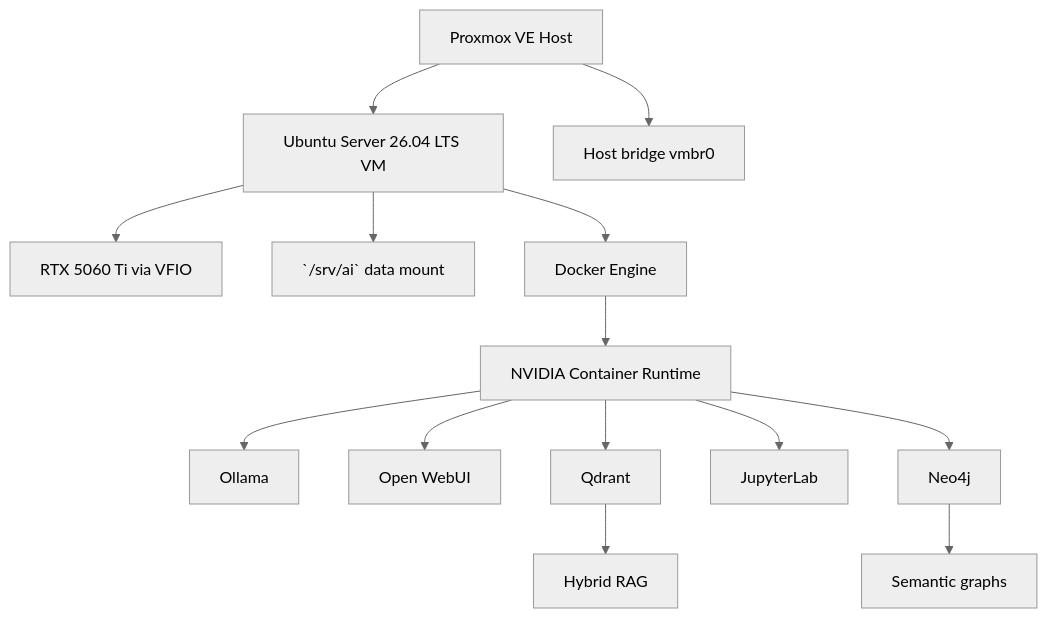
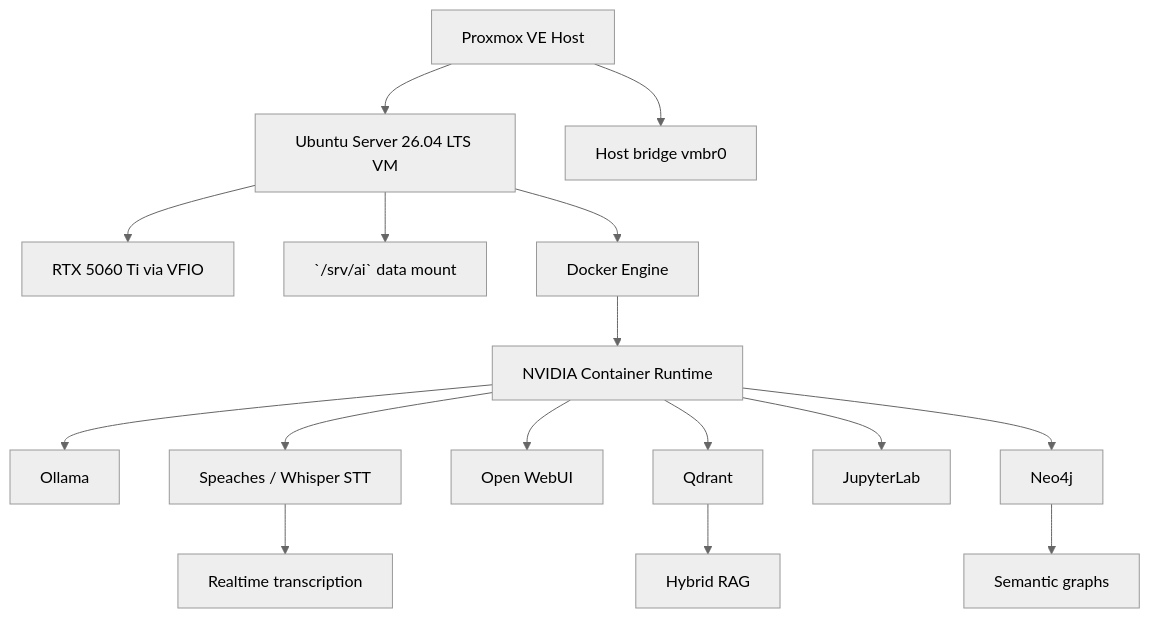
Before and after one commit to LAPAN-HUGODEPAULA/proxmox-lapan-ai-setup: the diagram in docs/00-project-context/01-target-architecture.md, drawn with Mermaid (neutral theme). The commit also changed other lines of this file and 12 other files, not shown here.

````diff
--- a/docs/00-project-context/01-target-architecture.md
+++ b/docs/00-project-context/01-target-architecture.md
@@ -9,16 +9,18 @@
 ```mermaid
 flowchart TD
     P[Proxmox VE Host] --> V[Ubuntu Server 26.04 LTS VM]
     P --> S[Host bridge vmbr0]
     V --> G[RTX 5060 Ti via VFIO]
     V --> FS[`/srv/ai` data mount]
     V --> D[Docker Engine]
     D --> N[NVIDIA Container Runtime]
     N --> O[Ollama]
+    N --> STT[Speaches / Whisper STT]
     N --> W[Open WebUI]
     N --> Q[Qdrant]
     N --> J[JupyterLab]
     N --> Neo[Neo4j]
+    STT --> TR[Realtime transcription]
     Q --> R[Hybrid RAG]
     Neo --> SG[Semantic graphs]
 ```
````
